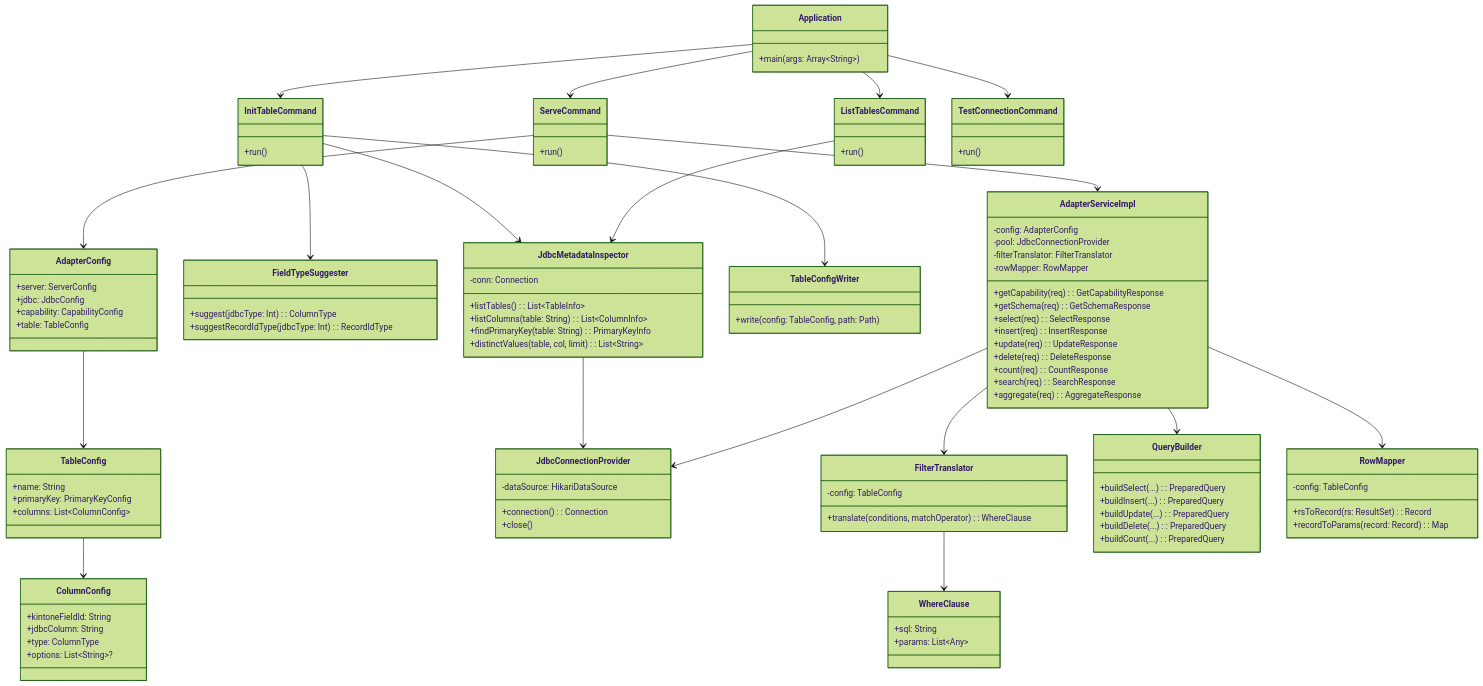
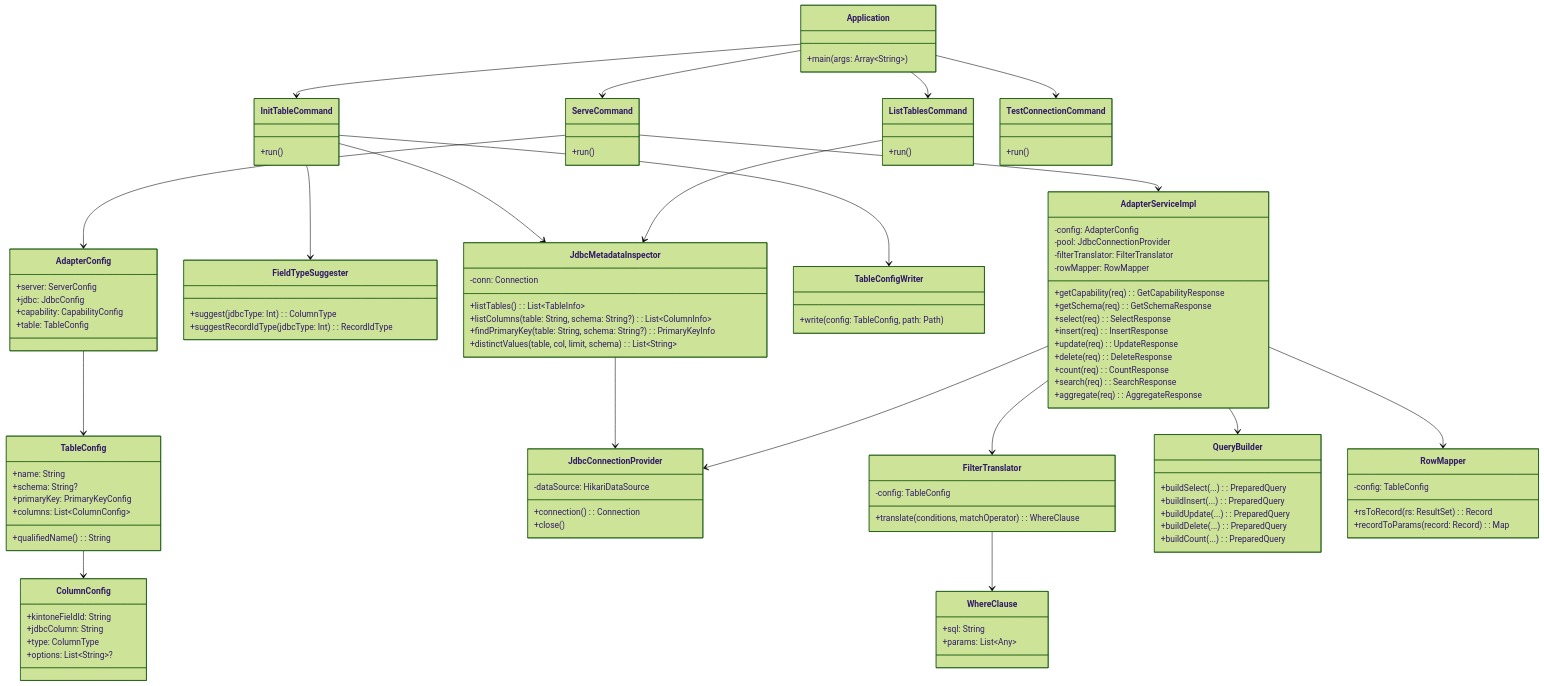
Before and after one commit to sugimomoto/KintoneExternalAppCDataSample: the sixth of 11 diagrams in docs/functional-design.md, drawn with Mermaid (forest theme). The commit also changed other lines of this file and 11 other files, not shown here.

```diff
--- a/docs/functional-design.md
+++ b/docs/functional-design.md
@@ -219,9 +219,9 @@
     class JdbcMetadataInspector {
         -conn: Connection
         +listTables(): List~TableInfo~
-        +listColumns(table: String): List~ColumnInfo~
-        +findPrimaryKey(table: String): PrimaryKeyInfo
-        +distinctValues(table, col, limit): List~String~
+        +listColumns(table: String, schema: String?): List~ColumnInfo~
+        +findPrimaryKey(table: String, schema: String?): PrimaryKeyInfo
+        +distinctValues(table, col, limit, schema): List~String~
     }
 
     class FieldTypeSuggester {
@@ -238,8 +238,10 @@
 
     class TableConfig {
         +name: String
+        +schema: String?
         +primaryKey: PrimaryKeyConfig
         +columns: List~ColumnConfig~
+        +qualifiedName(): String
     }
 
     class ColumnConfig {
```
